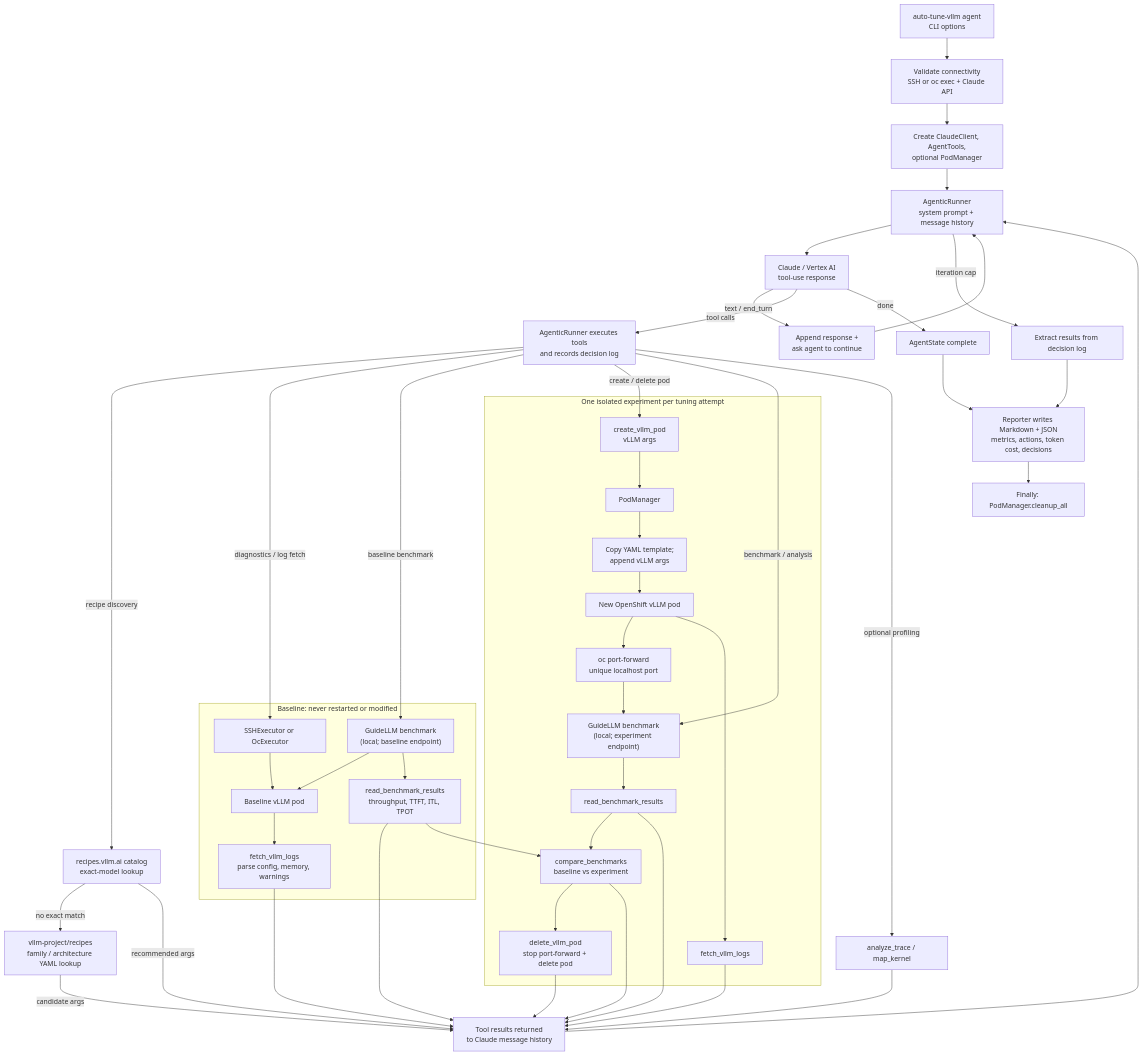
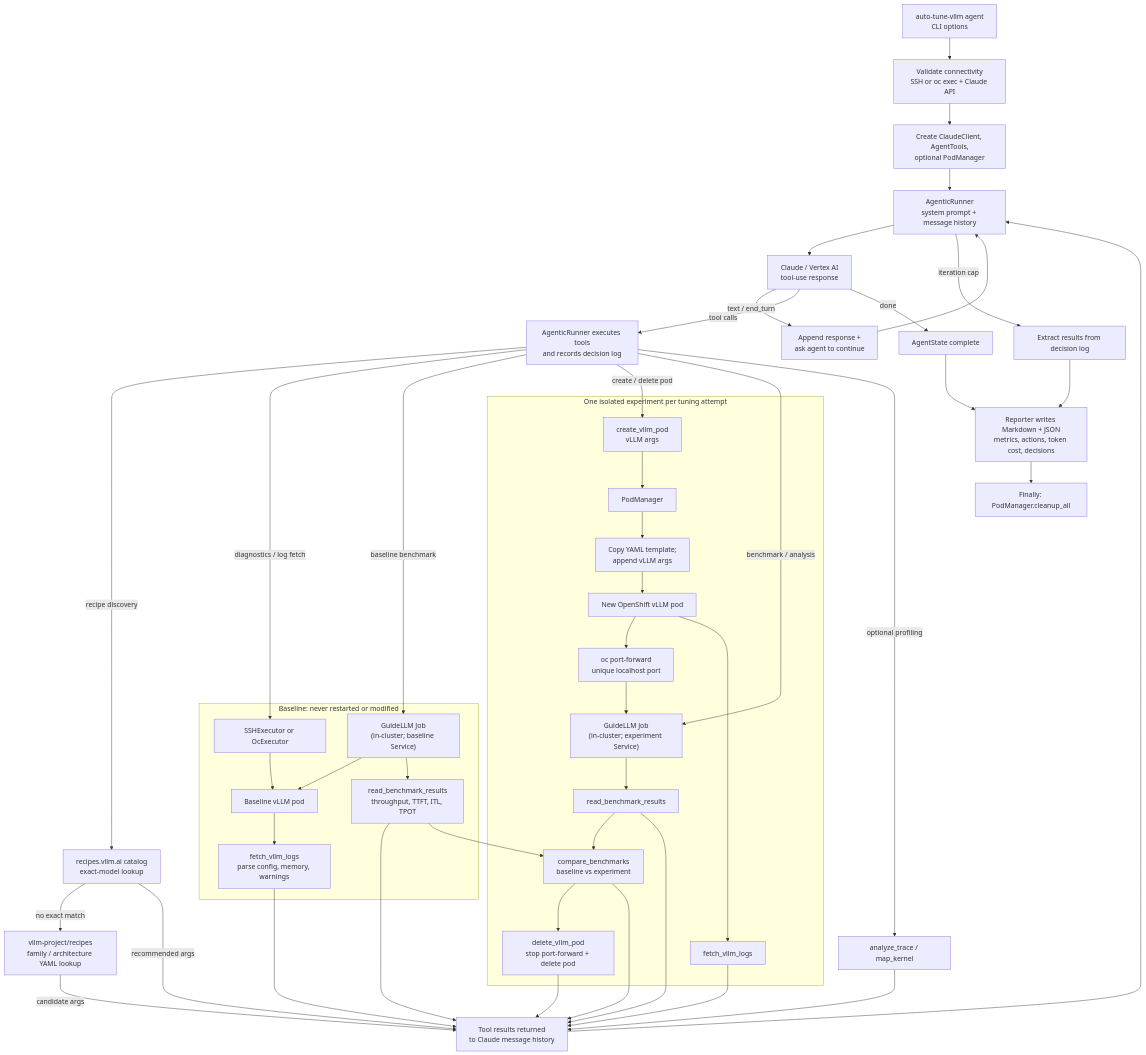
One commit to openshift-psap/auto-tuning-vllm changed the diagram in docs/agentic-flow.md. Above: the diagram before and after it, drawn with Mermaid. The commit also changed 15 other files, not shown here.

````diff
--- a/docs/agentic-flow.md
+++ b/docs/agentic-flow.md
@@ -7,58 +7,58 @@
 ```mermaid
 flowchart TD
     CLI["auto-tune-vllm agent<br/>CLI options"] --> Validate["Validate connectivity<br/>SSH or oc exec + Claude API"]
     Validate --> Setup["Create ClaudeClient, AgentTools,<br/>optional PodManager"]
     Setup --> Runner["AgenticRunner<br/>system prompt + message history"]
 
     Runner --> Claude["Claude / Vertex AI<br/>tool-use response"]
     Claude -->|text / end_turn| Continue["Append response +<br/>ask agent to continue"]
     Continue --> Runner
 
     Claude -->|tool calls| Dispatch["AgenticRunner executes tools<br/>and records decision log"]
     Dispatch -->|recipe discovery| RecipeCatalog["recipes.vllm.ai catalog<br/>exact-model lookup"]
     RecipeCatalog -->|no exact match| RecipeRepo["vllm-project/recipes<br/>family / architecture YAML lookup"]
     RecipeCatalog -->|recommended args| Feedback
     RecipeRepo -->|candidate args| Feedback
 
     subgraph Baseline["Baseline: never restarted or modified"]
       Remote["SSHExecutor or OcExecutor"] --> BasePod["Baseline vLLM pod"]
-      BenchBase["GuideLLM benchmark<br/>(local; baseline endpoint)"] --> BasePod
+      BenchBase["GuideLLM Job<br/>(in-cluster; baseline Service)"] --> BasePod
       BasePod --> LogsBase["fetch_vllm_logs<br/>parse config, memory, warnings"]
       BenchBase --> ResultsBase["read_benchmark_results<br/>throughput, TTFT, ITL, TPOT"]
     end
 
     Dispatch -->|diagnostics / log fetch| Remote
     Dispatch -->|baseline benchmark| BenchBase
     LogsBase --> Feedback["Tool results returned<br/>to Claude message history"]
     ResultsBase --> Feedback
 
     subgraph Experiment["One isolated experiment per tuning attempt"]
       Create["create_vllm_pod<br/>vLLM args"] --> PodMgr["PodManager"]
       PodMgr --> Manifest["Copy YAML template;<br/>append vLLM args"]
       Manifest --> ExpPod["New OpenShift vLLM pod"]
       ExpPod --> PF["oc port-forward<br/>unique localhost port"]
-      PF --> BenchExp["GuideLLM benchmark<br/>(local; experiment endpoint)"]
+      PF --> BenchExp["GuideLLM Job<br/>(in-cluster; experiment Service)"]
       ExpPod --> LogsExp["fetch_vllm_logs"]
       BenchExp --> ResultsExp["read_benchmark_results"]
       ResultsBase --> Compare["compare_benchmarks<br/>baseline vs experiment"]
       ResultsExp --> Compare
       Compare --> Delete["delete_vllm_pod<br/>stop port-forward + delete pod"]
     end
 
     Dispatch -->|create / delete pod| Create
     Dispatch -->|benchmark / analysis| BenchExp
     Dispatch -->|optional profiling| Trace["analyze_trace / map_kernel"]
     LogsExp --> Feedback
     ResultsExp --> Feedback
     Compare --> Feedback
     Delete --> Feedback
     Trace --> Feedback
 
     Feedback --> Runner
 
     Claude -->|done| Complete["AgentState complete"]
     Runner -->|iteration cap| Fallback["Extract results from decision log"]
     Complete --> Report["Reporter writes Markdown + JSON<br/>metrics, actions, token cost, decisions"]
     Fallback --> Report
     Report --> Cleanup["Finally: PodManager.cleanup_all"]
 ```
````
